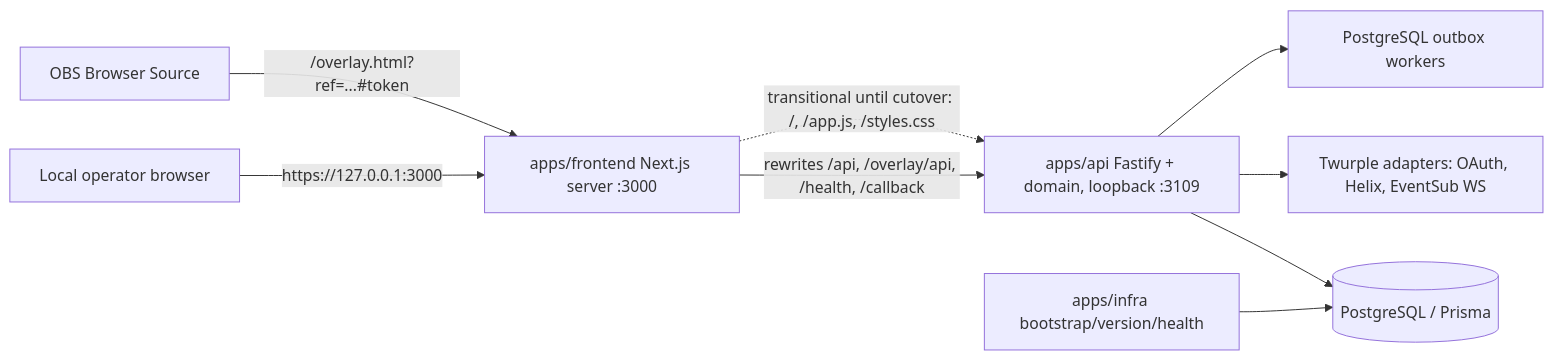
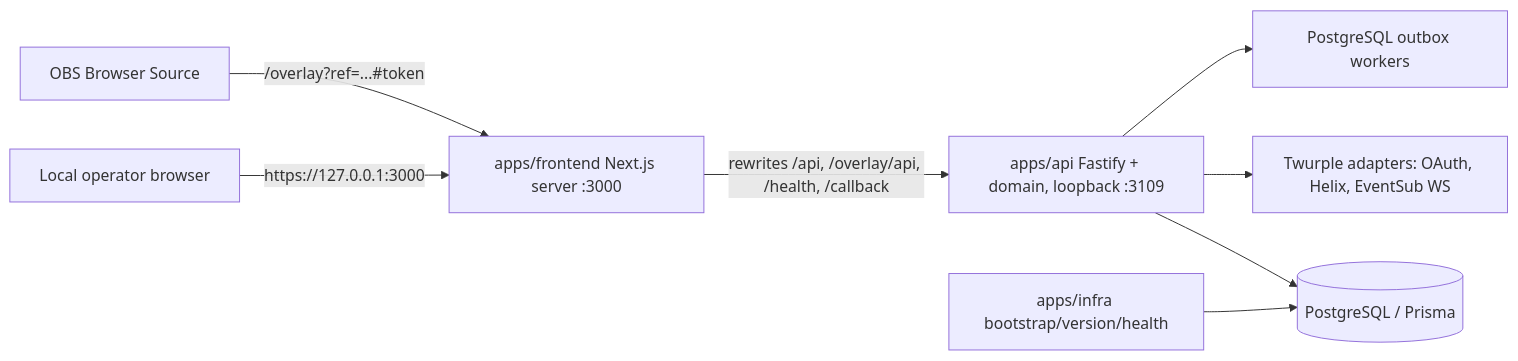
The diagram in docs/fullstack-architecture.md (gustavo8000br/subarushogun_gi_twich_bot), drawn with Mermaid before and after one commit. The commit also changed other lines of this file and 23 other files, not shown here.

First line of the commit message:
docs(architecture): describe the post-wave-3 overlay and Next-served routes [OPS-15 FT-39]

````diff
--- a/docs/fullstack-architecture.md
+++ b/docs/fullstack-architecture.md
@@ -11,11 +11,10 @@
 ```mermaid
 flowchart LR
   Browser[Local operator browser] -->|https://127.0.0.1:3000| Next[apps/frontend Next.js server :3000]
-  OBS[OBS Browser Source] -->|/overlay.html?ref=...#token| Next
+  OBS[OBS Browser Source] -->|/overlay?ref=...#token| Next
   Next -->|rewrites /api, /overlay/api, /health, /callback| API[apps/api Fastify + domain, loopback :3109]
-  Next -.->|transitional until cutover: /, /app.js, /styles.css| API
   API --> DB[(PostgreSQL / Prisma)]
   API --> Twitch[Twurple adapters: OAuth, Helix, EventSub WS]
   API --> Outbox[PostgreSQL outbox workers]
   Infra[apps/infra bootstrap/version/health] --> DB
 ```
````
